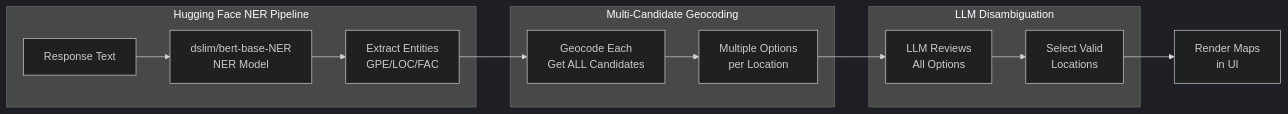
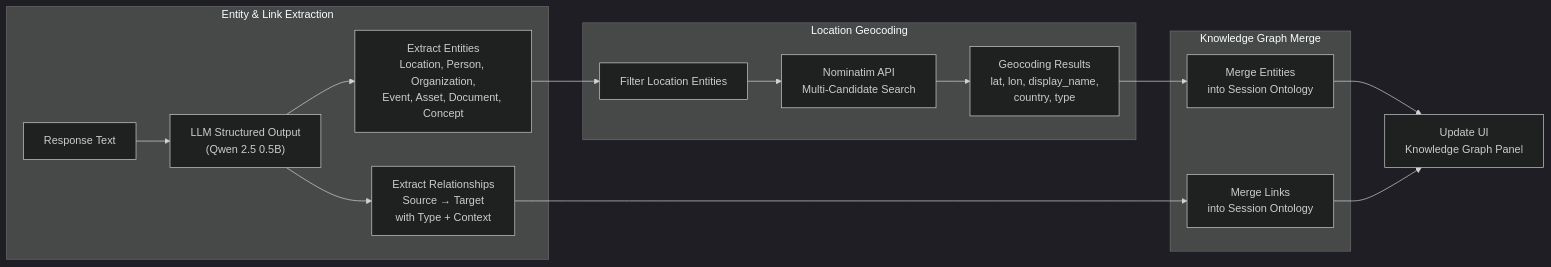
Before and after one commit to fbaierl/geo-vision-lab: the sixth of 8 diagrams in docs/agent_workflow.md, drawn with Mermaid. The commit also changed other lines of this file and 7 other files, not shown here.

````diff
--- a/docs/agent_workflow.md
+++ b/docs/agent_workflow.md
@@ -275,20 +276,23 @@
 ```mermaid
 %%{init: {'theme': 'dark'}}%%
 flowchart LR
-    subgraph NER["Hugging Face NER Pipeline"]
-        TEXT[Response Text] --> MODEL["dslim/bert-base-NER<br/>NER Model"]
-        MODEL --> ENTITIES["Extract Entities<br/>GPE/LOC/FAC"]
+    subgraph EXT["Entity & Link Extraction"]
+        TEXT[Response Text] --> LLM["LLM Structured Output<br/>(Qwen 2.5 0.5B)"]
+        LLM --> ENTITIES["Extract Entities<br/>Location, Person, Organization,<br/>Event, Asset, Document, Concept"]
+        LLM --> LINKS["Extract Relationships<br/>Source → Target<br/>with Type + Context"]
     end
 
-    subgraph GEO["Multi-Candidate Geocoding"]
-        ENTITIES --> GEOCODE["Geocode Each<br/>Get ALL Candidates"]
-        GEOCODE --> CANDIDATES["Multiple Options<br/>per Location"]
+    subgraph GEO["Location Geocoding"]
+        ENTITIES --> LOC_ENT["Filter Location Entities"]
+        LOC_ENT --> NOMINATIM["Nominatim API<br/>Multi-Candidate Search"]
+        NOMINATIM --> CANDIDATES["Geocoding Results<br/>lat, lon, display_name,<br/>country, type"]
     end
 
-    subgraph LLM["LLM Disambiguation"]
-        CANDIDATES --> SELECT["LLM Reviews<br/>All Options"]
-        SELECT --> VALID["Select Valid<br/>Locations"]
+    subgraph MERGE["Knowledge Graph Merge"]
+        CANDIDATES --> MERGE_ENT["Merge Entities<br/>into Session Ontology"]
+        LINKS --> MERGE_LINK["Merge Links<br/>into Session Ontology"]
     end
 
-    VALID --> MAPS["Render Maps<br/>in UI"]
+    MERGE_ENT --> UI["Update UI<br/>Knowledge Graph Panel"]
+    MERGE_LINK --> UI
 ```
````
